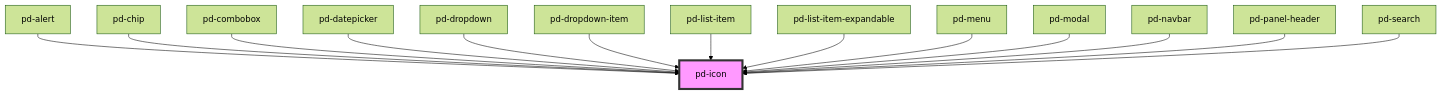
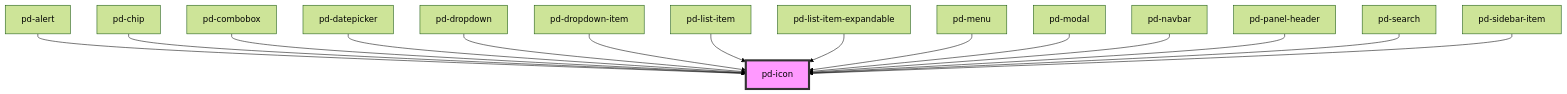
One commit to Lambda-IT/parlamentsdienste-components changed the diagram in packages/core/src/components/pd-icon/readme.md. Above: the diagram before and after it, drawn with Mermaid (forest theme). The commit also changed other lines of this file and 35 other files, not shown here.

````diff
--- a/packages/core/src/components/pd-icon/readme.md
+++ b/packages/core/src/components/pd-icon/readme.md
@@ -91,17 +92,18 @@
 ```mermaid
 graph TD;
   pd-alert --> pd-icon
   pd-chip --> pd-icon
   pd-combobox --> pd-icon
   pd-datepicker --> pd-icon
   pd-dropdown --> pd-icon
   pd-dropdown-item --> pd-icon
   pd-list-item --> pd-icon
   pd-list-item-expandable --> pd-icon
   pd-menu --> pd-icon
   pd-modal --> pd-icon
   pd-navbar --> pd-icon
   pd-panel-header --> pd-icon
   pd-search --> pd-icon
+  pd-sidebar-item --> pd-icon
   style pd-icon fill:#f9f,stroke:#333,stroke-width:4px
 ```
````
